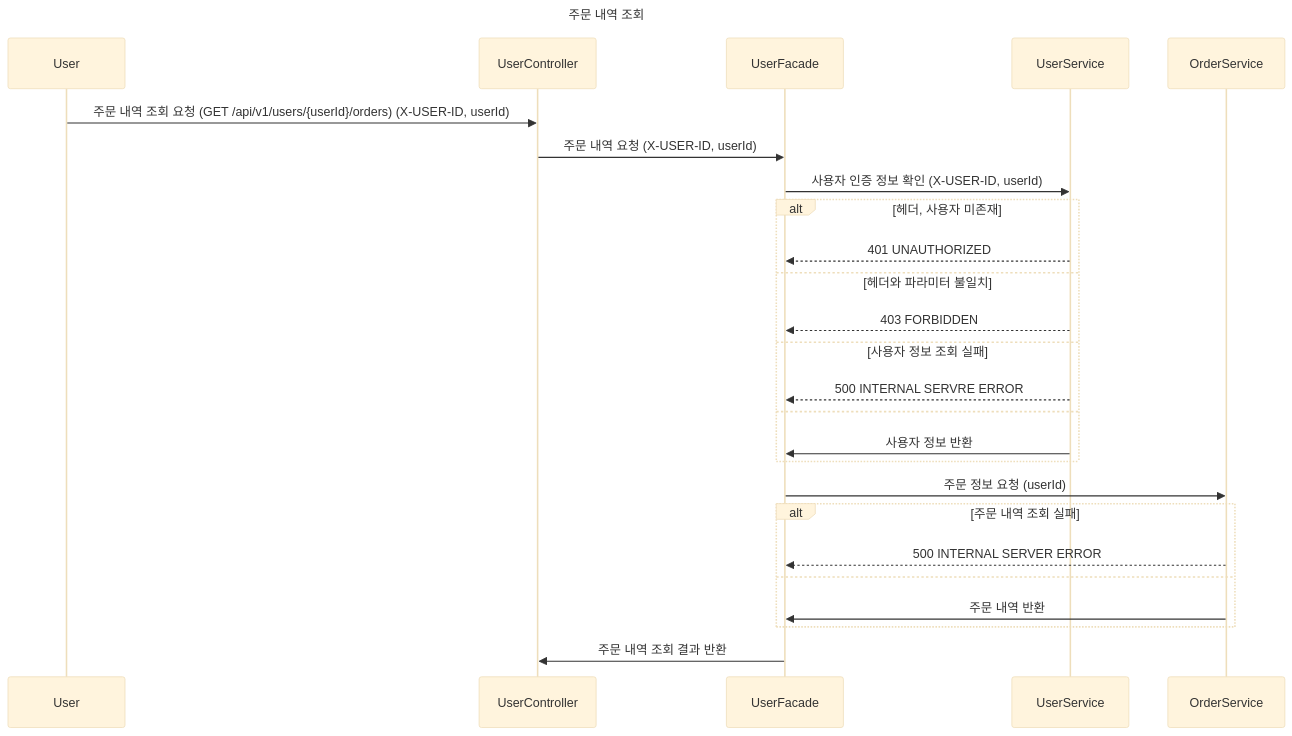
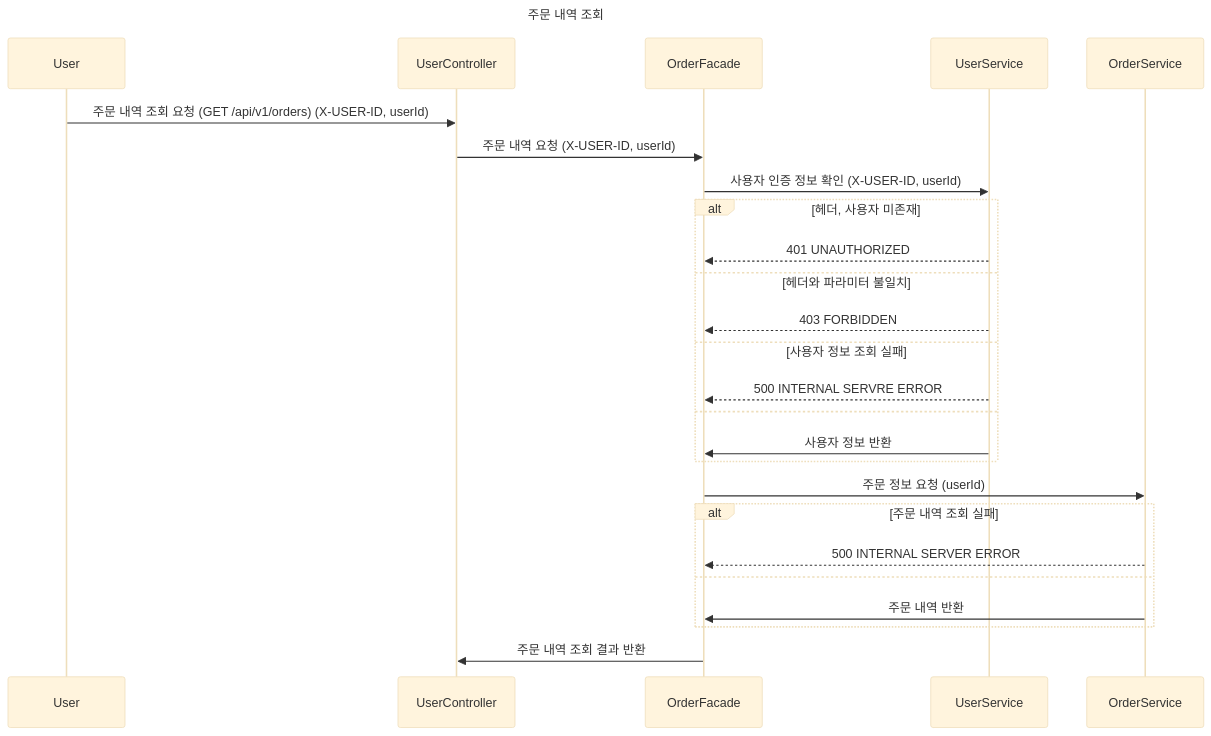
The eighth of 9 diagrams in docs/design/02-sequence-diagrams.md (dksqodwns/loopers), drawn with Mermaid (base theme) before and after one commit. The commit also changed other lines of this file and 3 other files, not shown here.

Commit message:
docs: ERD 작성

````diff
--- a/docs/design/02-sequence-diagrams.md
+++ b/docs/design/02-sequence-diagrams.md
@@ -213,31 +221,31 @@
 ```mermaid
 ---
 title: 주문 내역 조회
 ---
 
 sequenceDiagram
     participant u as User
     participant uc as UserController
-    participant uf as UserFacade
+    participant of as OrderFacade
     participant us as UserService
     participant os as OrderService
-    u ->> uc: 주문 내역 조회 요청 (GET /api/v1/users/{userId}/orders) (X-USER-ID, userId)
-    uc ->> uf: 주문 내역 요청 (X-USER-ID, userId)
-    uf ->> us: 사용자 인증 정보 확인 (X-USER-ID, userId)
+    u ->> uc: 주문 내역 조회 요청 (GET /api/v1/orders) (X-USER-ID, userId)
+    uc ->> of: 주문 내역 요청 (X-USER-ID, userId)
+    of ->> us: 사용자 인증 정보 확인 (X-USER-ID, userId)
     alt 헤더, 사용자 미존재
-        us -->> uf: 401 UNAUTHORIZED
+        us -->> of: 401 UNAUTHORIZED
     else 헤더와 파라미터 불일치
-        us -->> uf: 403 FORBIDDEN
+        us -->> of: 403 FORBIDDEN
     else 사용자 정보 조회 실패
-        us -->> uf: 500 INTERNAL SERVRE ERROR
+        us -->> of: 500 INTERNAL SERVRE ERROR
     else
-        us ->> uf: 사용자 정보 반환
+        us ->> of: 사용자 정보 반환
     end
-    uf ->> os: 주문 정보 요청 (userId)
+    of ->> os: 주문 정보 요청 (userId)
     alt 주문 내역 조회 실패
-        os -->> uf: 500 INTERNAL SERVER ERROR
+        os -->> of: 500 INTERNAL SERVER ERROR
     else
-        os ->> uf: 주문 내역 반환
+        os ->> of: 주문 내역 반환
     end
-    uf ->> uc: 주문 내역 조회 결과 반환
+    of ->> uc: 주문 내역 조회 결과 반환
 ```
````
